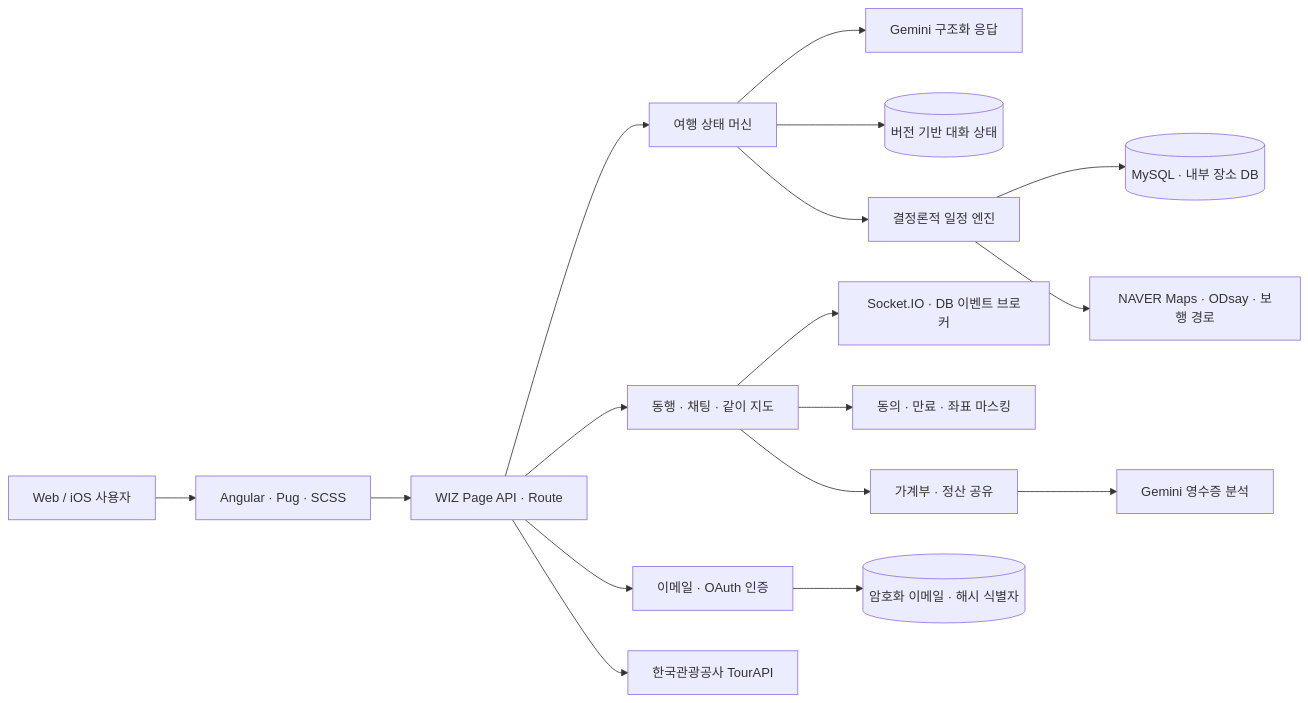
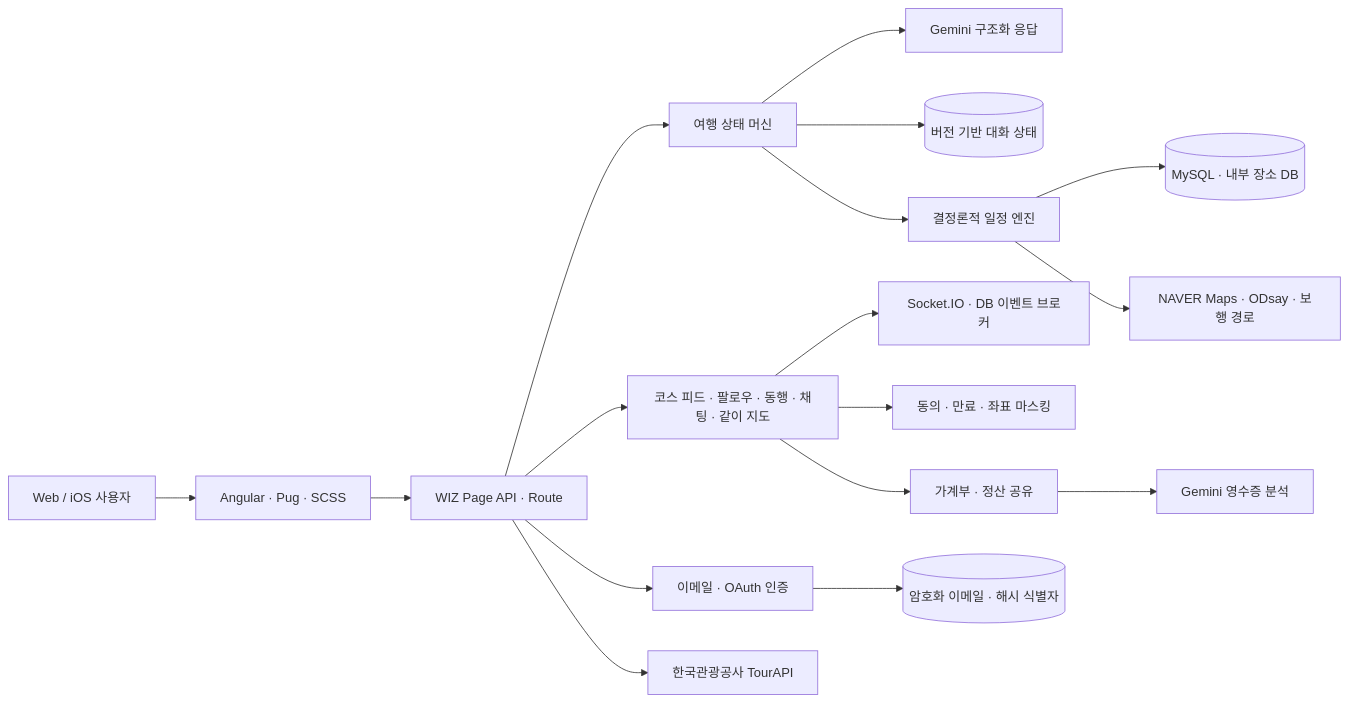
Before and after one commit to xericen/GACHI: the first of 2 diagrams in README.md, drawn with Mermaid. The commit also changed other lines of this file, not shown here.

Commit message:
docs: update README for course social features

````diff
--- a/README.md
+++ b/README.md
@@ -162,19 +170,19 @@
 ```mermaid
 flowchart LR
     U[Web / iOS 사용자] --> UI[Angular · Pug · SCSS]
     UI --> API[WIZ Page API · Route]
     API --> STATE[여행 상태 머신]
-    API --> SOCIAL[동행 · 채팅 · 같이 지도]
+    API --> SOCIAL[코스 피드 · 팔로우 · 동행 · 채팅 · 같이 지도]
     API --> AUTH[이메일 · OAuth 인증]
     STATE --> AI[Gemini 구조화 응답]
     STATE --> THREAD[(버전 기반 대화 상태)]
     STATE --> ENGINE[결정론적 일정 엔진]
     ENGINE --> DB[(MySQL · 내부 장소 DB)]
     ENGINE --> MAP[NAVER Maps · ODsay · 보행 경로]
     SOCIAL --> SOCKET[Socket.IO · DB 이벤트 브로커]
     SOCIAL --> SAFETY[동의 · 만료 · 좌표 마스킹]
     SOCIAL --> LEDGER[가계부 · 정산 공유]
     LEDGER --> VISION[Gemini 영수증 분석]
     AUTH --> ID[(암호화 이메일 · 해시 식별자)]
     API --> TOUR[한국관광공사 TourAPI]
 ```
````
